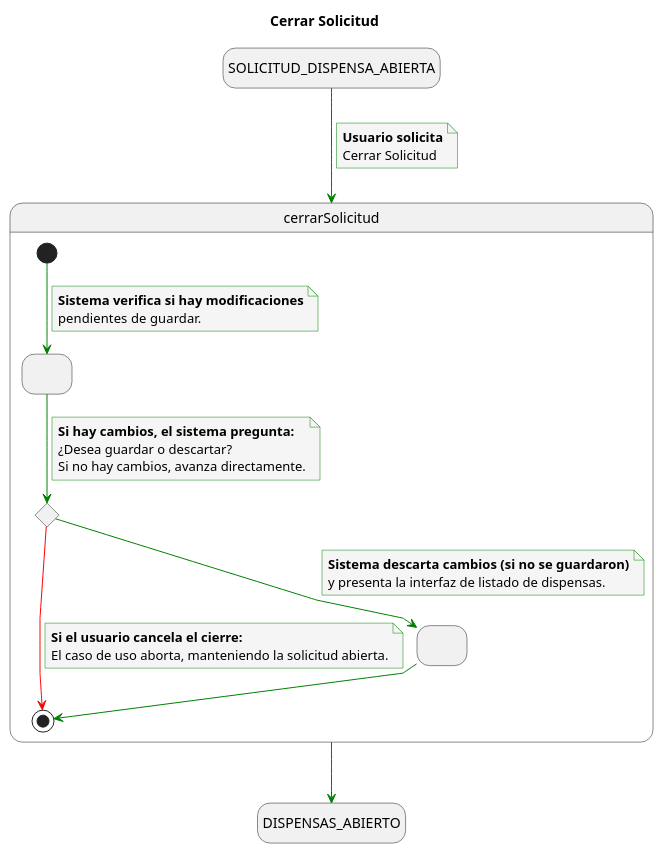
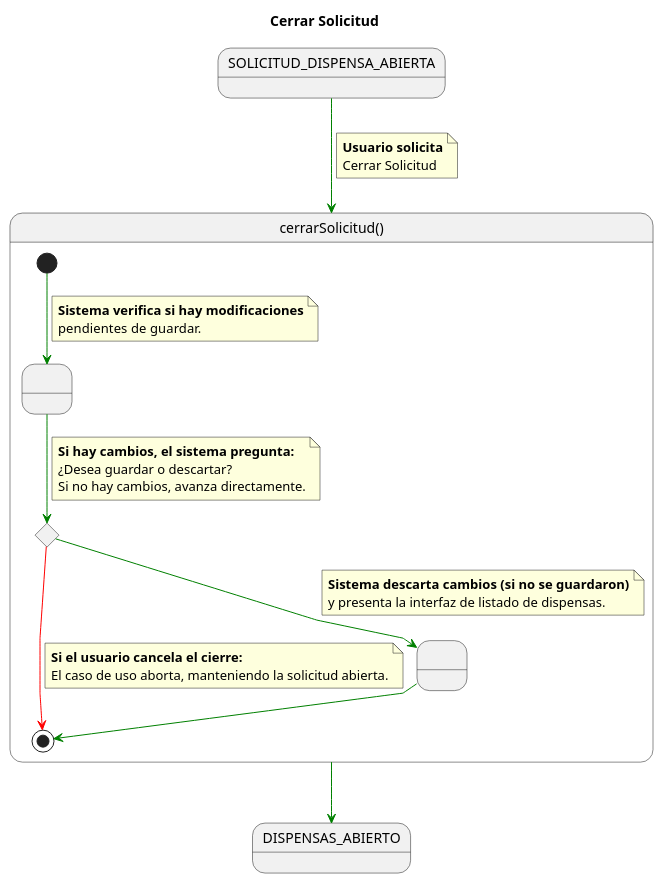
The diagram in documents/CasosDeUso/DetalladoCasosDeUso/Secretaria/cerrarSolicitud.puml (enmabry/25-26-IdSw1-SdR), drawn with PlantUML before and after one commit. The commit also changed 21 other files, not shown here.

```diff
--- a/documents/CasosDeUso/DetalladoCasosDeUso/Secretaria/cerrarSolicitud.puml
+++ b/documents/CasosDeUso/DetalladoCasosDeUso/Secretaria/cerrarSolicitud.puml
@@ -1,62 +1,55 @@
 @startuml
 title Cerrar Solicitud
 
-skinparam {
-    NoteBackgroundColor #whiteSmoke
-    ArrowColor #green
-    NoteBorderColor #green
-    linetype polyline
-}
-
-hide empty description
+skinparam linetype polyline
 
 state startState as "SOLICITUD_DISPENSA_ABIERTA"
 state endState as "DISPENSAS_ABIERTO"
 
-startState --> cerrarSolicitud
+startState -[#green]-> cerrarSolicitud
 note on link
     <b>Usuario solicita</b>
     Cerrar Solicitud
 end note
 
-state cerrarSolicitud {
+state cerrarSolicitud as "cerrarSolicitud()" {
     state VerificarCambios as " "
     state DecisionUsuario <<choice>>
     
     ' 1. Inicio: Verifica si hay cambios no guardados
-    [*] --> VerificarCambios
+    [*] -[#green]-> VerificarCambios
     note on link
         <b>Sistema verifica si hay modificaciones</b>
         pendientes de guardar.
     end note
     
     ' 2. Punto de Decisión: Si hay cambios, se pregunta al usuario
-    VerificarCambios --> DecisionUsuario
+    VerificarCambios -[#green]-> DecisionUsuario
     note on link
         <b>Si hay cambios, el sistema pregunta:</b>
         ¿Desea guardar o descartar?
         Si no hay cambios, avanza directamente.
     end note
     
-    ' --- FLUJO ALTERNATIVO (Cancelación de cierre) ---
+    ' --- FLUJO ALTERNATIVO (Cancelación de cierre - Rojo) ---
     DecisionUsuario -[#red]-> [*]
     note on link
         <b>Si el usuario cancela el cierre:</b>
         El caso de uso aborta, manteniendo la solicitud abierta.
     end note
     
-    ' --- FLUJO BÁSICO (Cerrar/Continuar) ---
-    DecisionUsuario --> MostrarListado
+    ' --- FLUJO BÁSICO (Cerrar/Continuar - Verde) ---
+    DecisionUsuario -[#green]-> MostrarListado
     
     state MostrarListado as " "
     note on link
         <b>Sistema descarta cambios (si no se guardaron)</b>
         y presenta la interfaz de listado de dispensas.
     end note
     
-    MostrarListado --> [*]
+    MostrarListado -[#green]-> [*]
 }
 
-cerrarSolicitud --> endState
+cerrarSolicitud -[#green]-> endState
 
 @enduml
```
